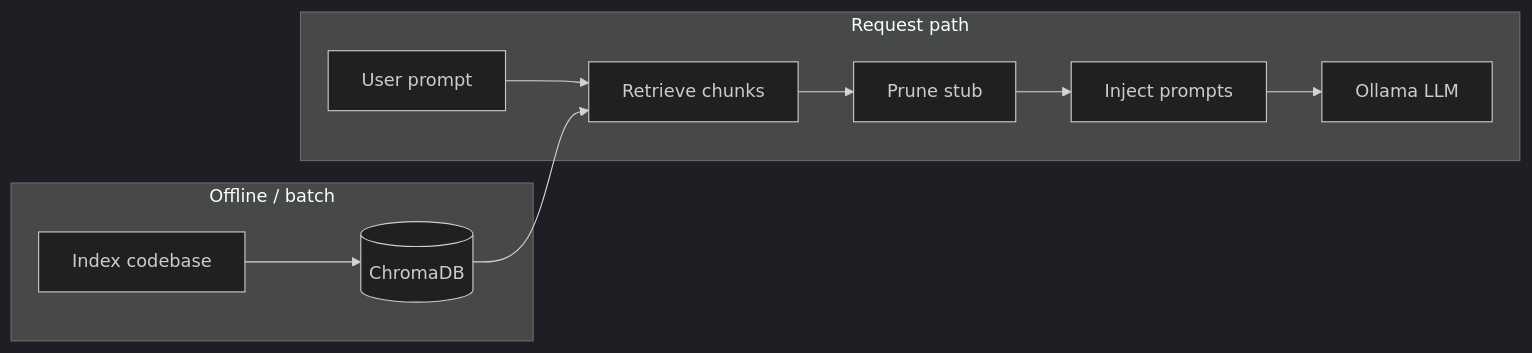
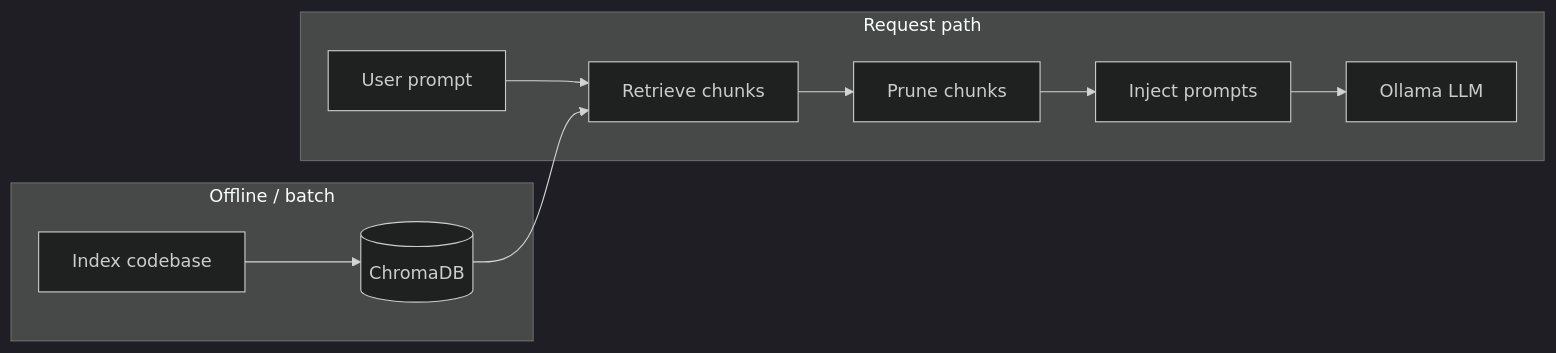
Before and after one commit to reffobic/Context-Engineering-Thesis1: the diagram in README.md, drawn with Mermaid (dark theme). The commit also changed other lines of this file, not shown here.

````diff
--- a/README.md
+++ b/README.md
@@ -35,17 +35,17 @@
 ```mermaid
 flowchart LR
   subgraph offline [Offline / batch]
     IDX[Index codebase]
     CH[(ChromaDB)]
     IDX --> CH
   end
   subgraph online [Request path]
     Q[User prompt]
     R[Retrieve chunks]
-    P[Prune stub]
+    P[Prune chunks]
     I[Inject prompts]
     L[Ollama LLM]
     Q --> R --> P --> I --> L
   end
   CH --> R
 ```
````
